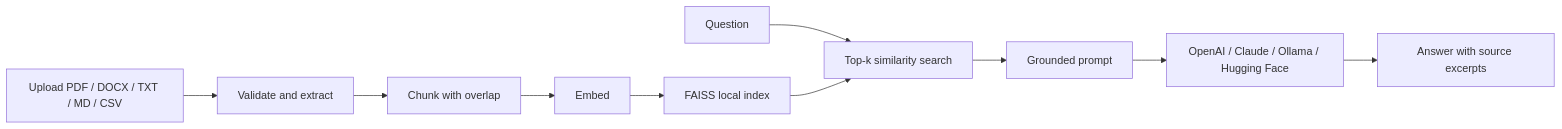
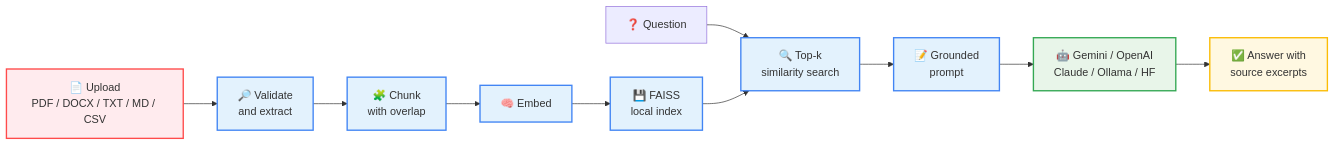
Before and after one commit to Prajjaval08/RAG-DOCUMNET-QA-CHATBOT: the diagram in README.md, drawn with Mermaid. The commit also changed other lines of this file, not shown here.

````diff
--- a/README.md
+++ b/README.md
@@ -24,12 +59,20 @@
 ```mermaid
 flowchart LR
-    A[Upload PDF / DOCX / TXT / MD / CSV] --> B[Validate and extract]
-    B --> C[Chunk with overlap]
-    C --> D[Embed]
-    D --> E[FAISS local index]
-    F[Question] --> G[Top-k similarity search]
+    A[📄 Upload<br/>PDF / DOCX / TXT / MD / CSV] --> B[🔎 Validate<br/>and extract]
+    B --> C[🧩 Chunk<br/>with overlap]
+    C --> D[🧠 Embed]
+    D --> E[💾 FAISS<br/>local index]
+    F[❓ Question] --> G[🔍 Top-k<br/>similarity search]
     E --> G
-    G --> H[Grounded prompt]
-    H --> I[OpenAI / Claude / Ollama / Hugging Face]
-    I --> J[Answer with source excerpts]
+    G --> H[📝 Grounded<br/>prompt]
+    H --> I[🤖 Gemini / OpenAI<br/>Claude / Ollama / HF]
+    I --> J[✅ Answer with<br/>source excerpts]
+    classDef upload fill:#FFEBEE,stroke:#FF4B4B,stroke-width:2px
+    classDef process fill:#E3F2FD,stroke:#4285F4,stroke-width:2px
+    classDef ai fill:#E8F5E9,stroke:#34A853,stroke-width:2px
+    classDef answer fill:#FFF8E1,stroke:#FBBC04,stroke-width:2px
+    class A upload
+    class B,C,D,E,G,H process
+    class I ai
+    class J answer
 ```
````
